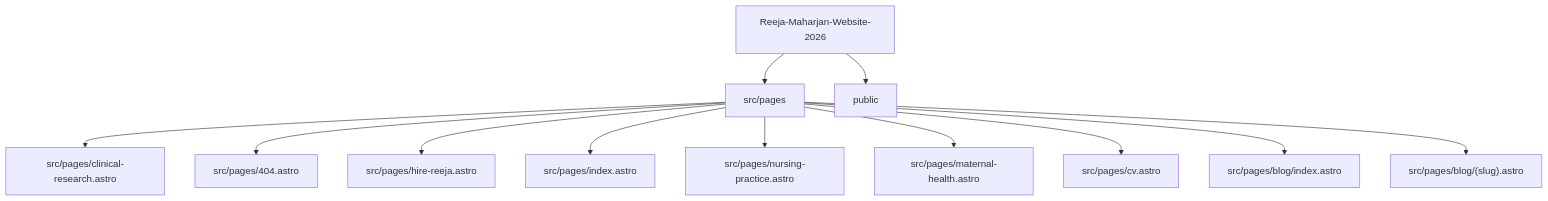
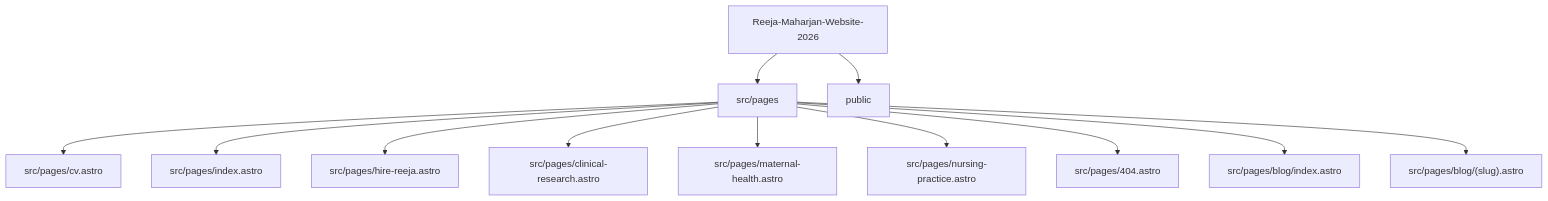
Before and after one commit to Nischhalsubba/Reeja-Maharjan-Website-2026: the second of 5 diagrams in README.md, drawn with Mermaid.

Commit message:
docs: apply designer README standard

````diff
--- a/README.md
+++ b/README.md
@@ -91,15 +91,15 @@
 ```mermaid
 flowchart TD
     APP["Reeja-Maharjan-Website-2026"]
     APP --> R0["src/pages"]
     APP --> R1["public"]
-    R0 --> F0["src/pages/clinical-research.astro"]
-    R0 --> F1["src/pages/404.astro"]
+    R0 --> F0["src/pages/cv.astro"]
+    R0 --> F1["src/pages/index.astro"]
     R0 --> F2["src/pages/hire-reeja.astro"]
-    R0 --> F3["src/pages/index.astro"]
-    R0 --> F4["src/pages/nursing-practice.astro"]
-    R0 --> F5["src/pages/maternal-health.astro"]
-    R0 --> F6["src/pages/cv.astro"]
+    R0 --> F3["src/pages/clinical-research.astro"]
+    R0 --> F4["src/pages/maternal-health.astro"]
+    R0 --> F5["src/pages/nursing-practice.astro"]
+    R0 --> F6["src/pages/404.astro"]
     R0 --> F7["src/pages/blog/index.astro"]
     R0 --> F8["src/pages/blog/(slug).astro"]
 ```
````
